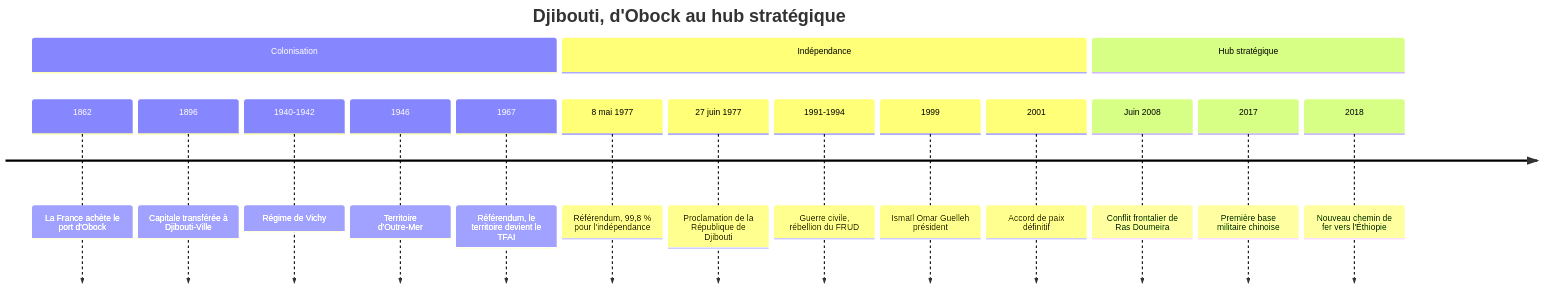
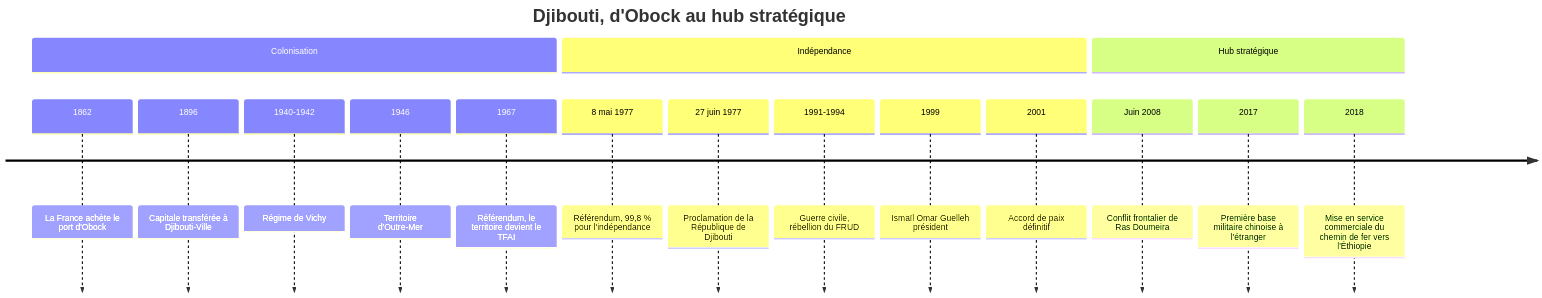
Before and after one commit to rwmicro/pensine: the diagram in Social Sciences/History/Djibouti/Histoire.md, drawn with Mermaid. The commit also changed 23 other files, not shown here.

````diff
--- a/Social Sciences/History/Djibouti/Histoire.md
+++ b/Social Sciences/History/Djibouti/Histoire.md
@@ -250,20 +250,20 @@
 ```mermaid
 timeline
     title Djibouti, d'Obock au hub stratégique
     section Colonisation
         1862 : La France achète le port d'Obock
         1896 : Capitale transférée à Djibouti-Ville
         1940-1942 : Régime de Vichy
         1946 : Territoire d'Outre-Mer
         1967 : Référendum, le territoire devient le TFAI
     section Indépendance
         8 mai 1977 : Référendum, 99,8 % pour l'indépendance
         27 juin 1977 : Proclamation de la République de Djibouti
         1991-1994 : Guerre civile, rébellion du FRUD
         1999 : Ismaïl Omar Guelleh président
         2001 : Accord de paix définitif
     section Hub stratégique
         Juin 2008 : Conflit frontalier de Ras Doumeira
-        2017 : Première base militaire chinoise
-        2018 : Nouveau chemin de fer vers l'Éthiopie
+        2017 : Première base militaire chinoise à l'étranger
+        2018 : Mise en service commerciale du chemin de fer vers l'Éthiopie
 ```
````
